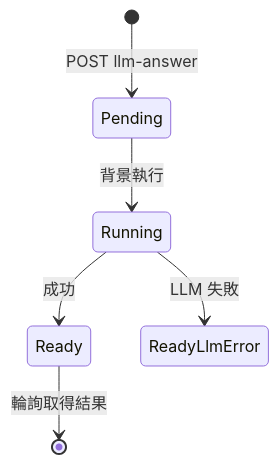
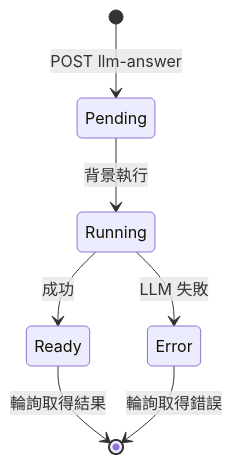
Before and after one commit to kevin7261/MyQuiz-ai-backend: the sixth of 6 diagrams in README.md, drawn with Mermaid. The commit also changed other lines of this file, not shown here.

````diff
--- a/README.md
+++ b/README.md
@@ -504,8 +516,9 @@
 ```mermaid
 stateDiagram-v2
     [*] --> Pending: POST llm-answer
     Pending --> Running: 背景執行
     Running --> Ready: 成功
-    Running --> ReadyLlmError: LLM 失敗
+    Running --> Error: LLM 失敗
     Ready --> [*]: 輪詢取得結果
+    Error --> [*]: 輪詢取得錯誤
 ```
````
